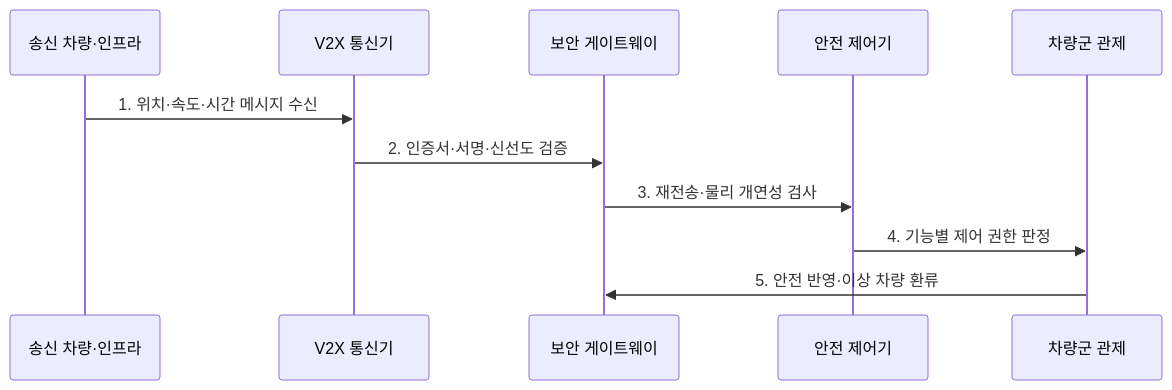
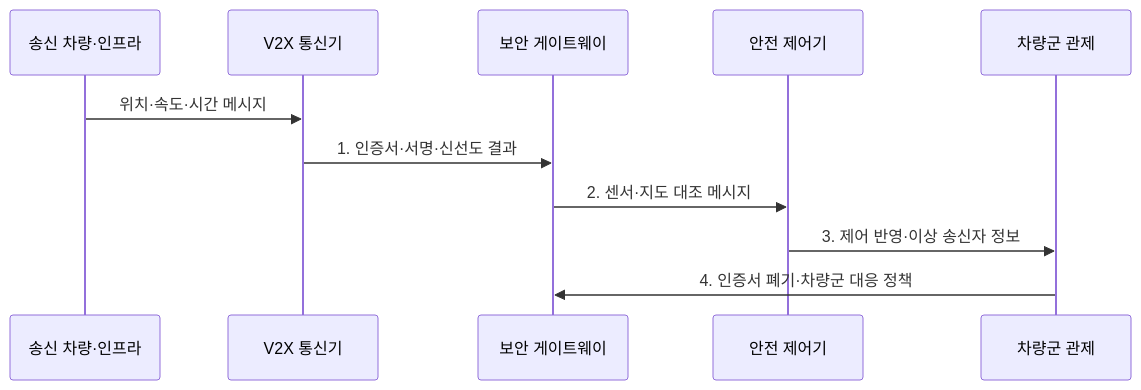
The second of 2 diagrams in src/content/docs/notes/05-security/134_vehicle_cybersecurity_v2x.md (agnusdei1207/knowledge-base), drawn with Mermaid before and after one commit. The commit also changed other lines of this file and 20 other files, not shown here.

````diff
--- a/src/content/docs/notes/05-security/134_vehicle_cybersecurity_v2x.md
+++ b/src/content/docs/notes/05-security/134_vehicle_cybersecurity_v2x.md
@@ -82,13 +82,13 @@
 ```mermaid
 sequenceDiagram
   participant S as 송신 차량·인프라
   participant R as V2X 통신기
   participant G as 보안 게이트웨이
   participant C as 안전 제어기
   participant F as 차량군 관제
-  S->>R: 1. 위치·속도·시간 메시지 수신
-  R->>G: 2. 인증서·서명·신선도 검증
-  G->>C: 3. 재전송·물리 개연성 검사
-  C->>F: 4. 기능별 제어 권한 판정
-  F->>G: 5. 안전 반영·이상 차량 환류
+  S->>R: 위치·속도·시간 메시지
+  R->>G: 1. 인증서·서명·신선도 결과
+  G->>C: 2. 센서·지도 대조 메시지
+  C->>F: 3. 제어 반영·이상 송신자 정보
+  F->>G: 4. 인증서 폐기·차량군 대응 정책
 ```
````
